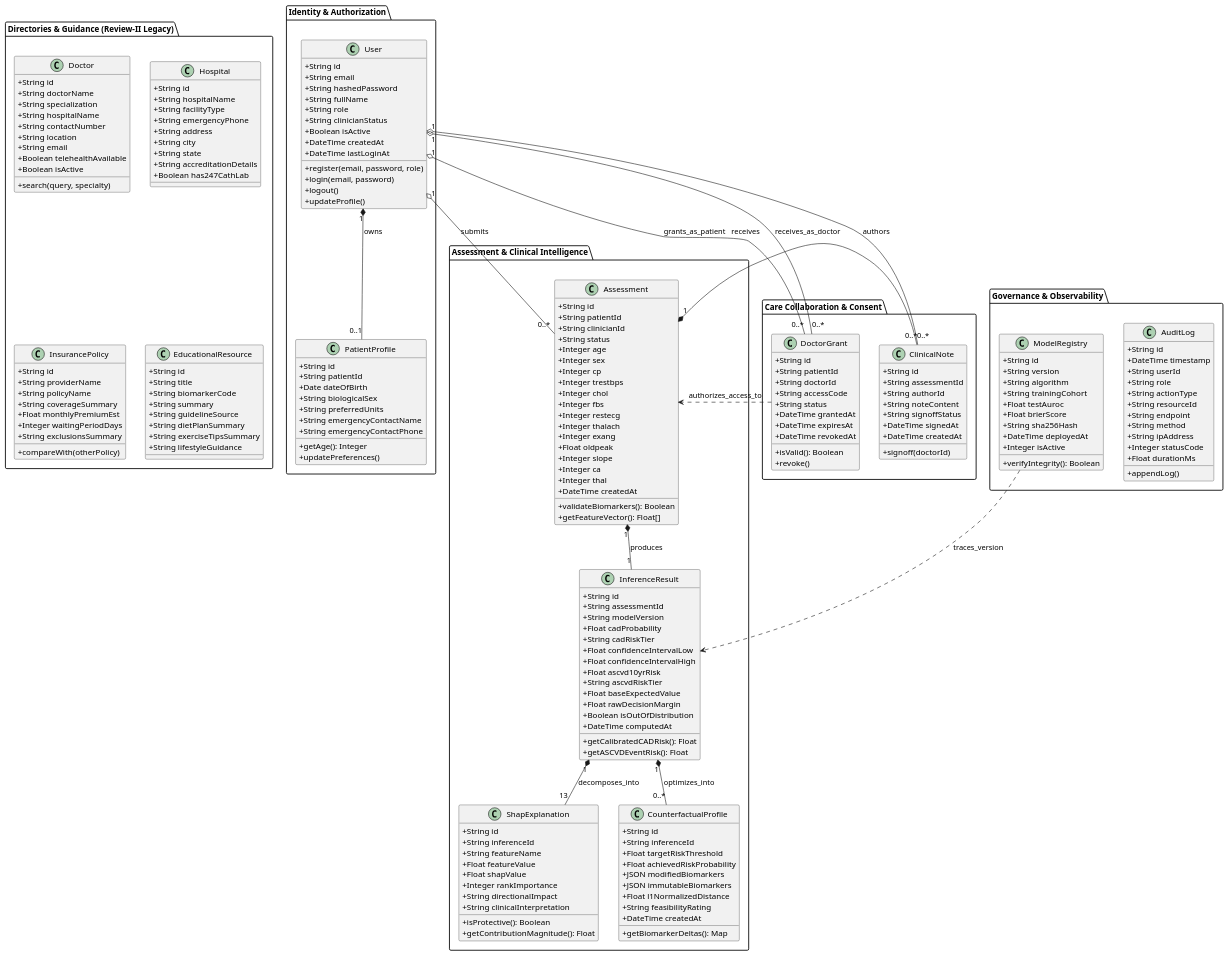
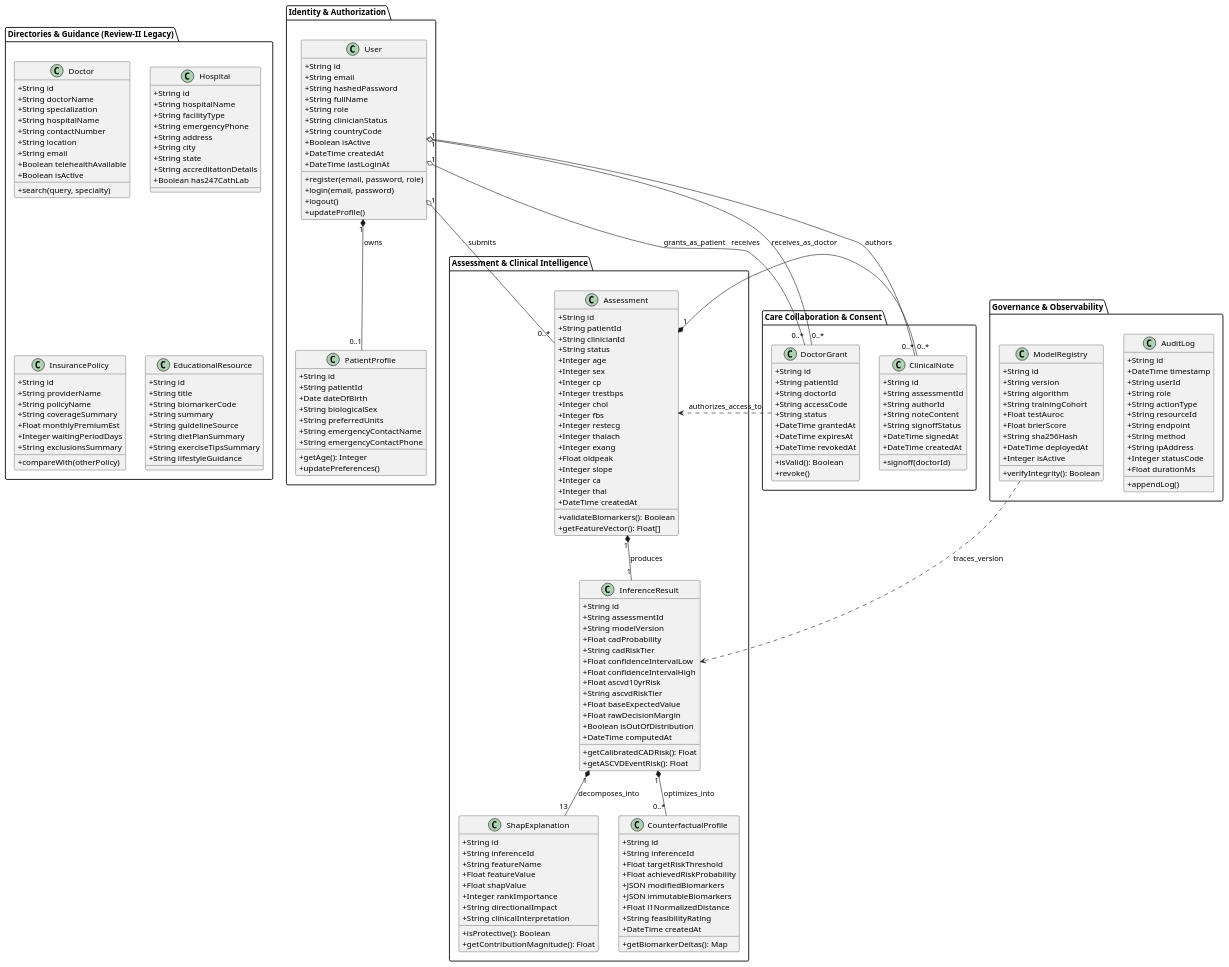
Before and after one commit to sandeep-kumar-270904/Heart-Disease-Risk-Prediction: the diagram in docs/diagrams/uml_class_diagram.puml, drawn with PlantUML. The commit also changed 15 other files, not shown here.

Commit message:
docs(phase-3): ratify global country-configurable architecture across 8 modules, adapters, and traceability

```diff
--- a/docs/diagrams/uml_class_diagram.puml
+++ b/docs/diagrams/uml_class_diagram.puml
@@ -10,6 +10,7 @@
         +String fullName
         +String role
         +String clinicianStatus
+        +String countryCode
         +Boolean isActive
         +DateTime createdAt
         +DateTime lastLoginAt
```
